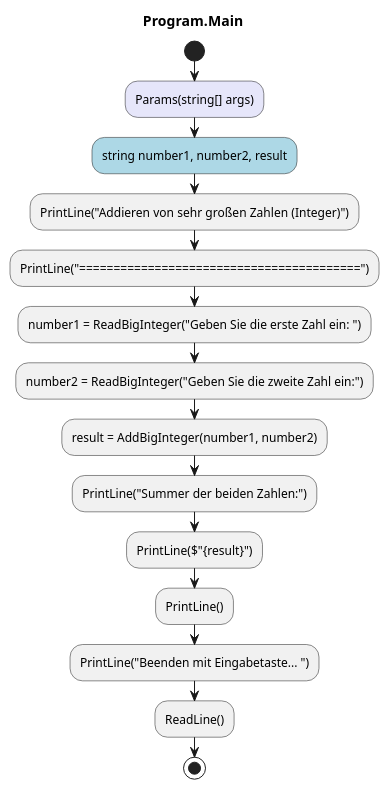
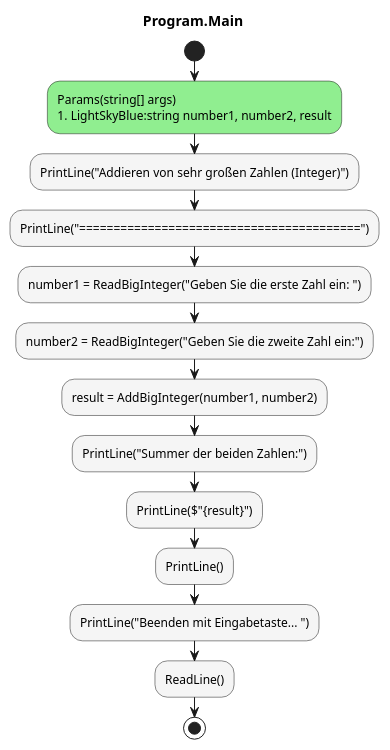
The diagram in AddBigInteger.ConApp/diagrams/ac_Program_Main.puml (leoggehrer/2324-34_ABIF_ACIF_POSE), drawn with PlantUML before and after one commit. The commit also changed 17 other files, not shown here.

```diff
--- a/AddBigInteger.ConApp/diagrams/ac_Program_Main.puml
+++ b/AddBigInteger.ConApp/diagrams/ac_Program_Main.puml
@@ -1,17 +1,17 @@
 @startuml Program.Main
 title Program.Main
 start
-#Lavender:Params(string[] args);
-#LightBlue:string number1, number2, result;
-:PrintLine("Addieren von sehr großen Zahlen (Integer)");
-:PrintLine("=========================================");
-:number1 = ReadBigInteger("Geben Sie die erste Zahl ein: ");
-:number2 = ReadBigInteger("Geben Sie die zweite Zahl ein:");
-:result = AddBigInteger(number1, number2);
-:PrintLine("Summer der beiden Zahlen:");
-:PrintLine($"{result}");
-:PrintLine();
-:PrintLine("Beenden mit Eingabetaste... ");
-:ReadLine();
+#LightGreen:Params(string[] args)
+#LightSkyBlue:string number1, number2, result;
+#WhiteSmoke:PrintLine("Addieren von sehr großen Zahlen (Integer)");
+#WhiteSmoke:PrintLine("=========================================");
+#WhiteSmoke:number1 = ReadBigInteger("Geben Sie die erste Zahl ein: ");
+#WhiteSmoke:number2 = ReadBigInteger("Geben Sie die zweite Zahl ein:");
+#WhiteSmoke:result = AddBigInteger(number1, number2);
+#WhiteSmoke:PrintLine("Summer der beiden Zahlen:");
+#WhiteSmoke:PrintLine($"{result}");
+#WhiteSmoke:PrintLine();
+#WhiteSmoke:PrintLine("Beenden mit Eingabetaste... ");
+#WhiteSmoke:ReadLine();
 stop
 @enduml
```
